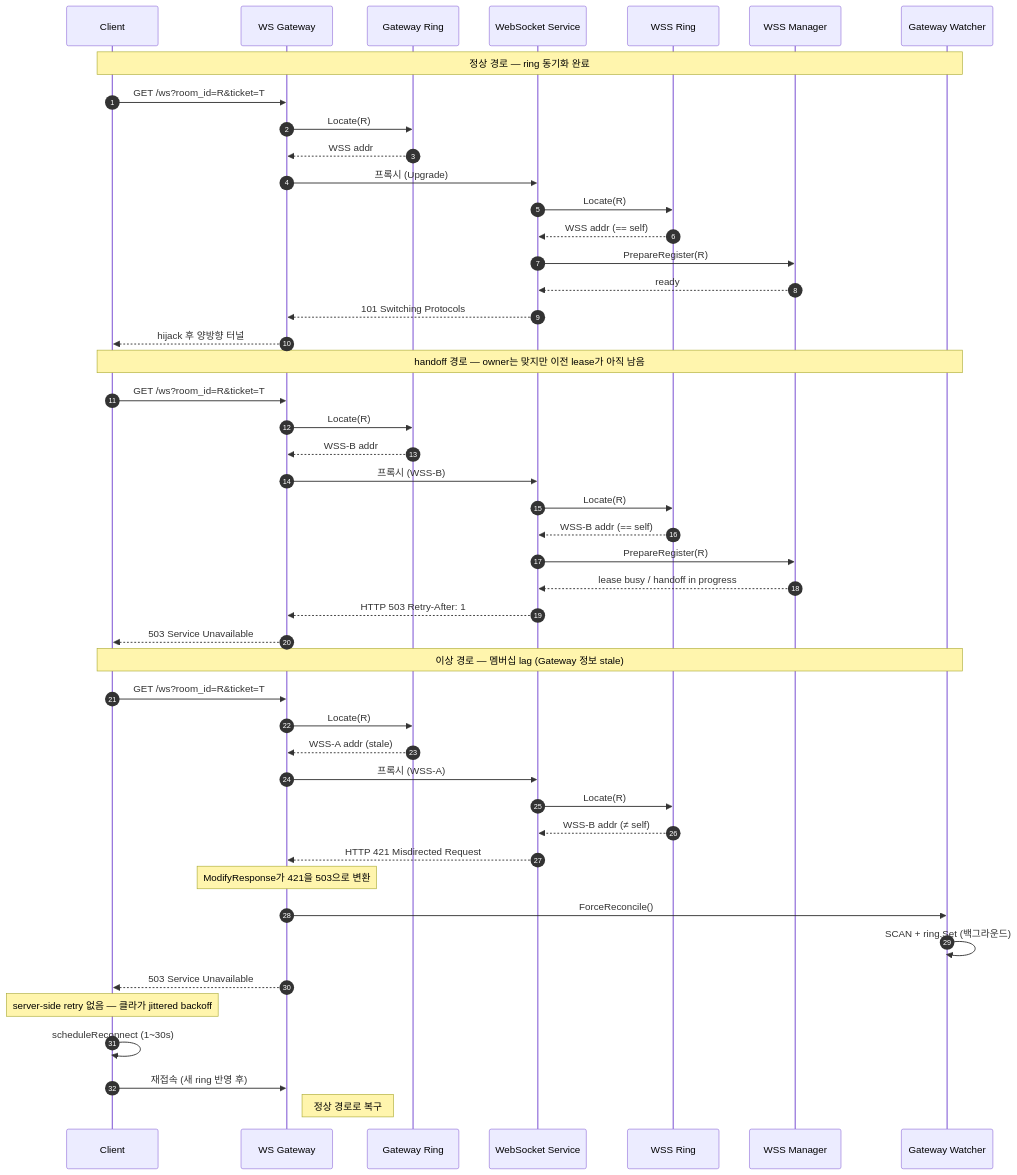
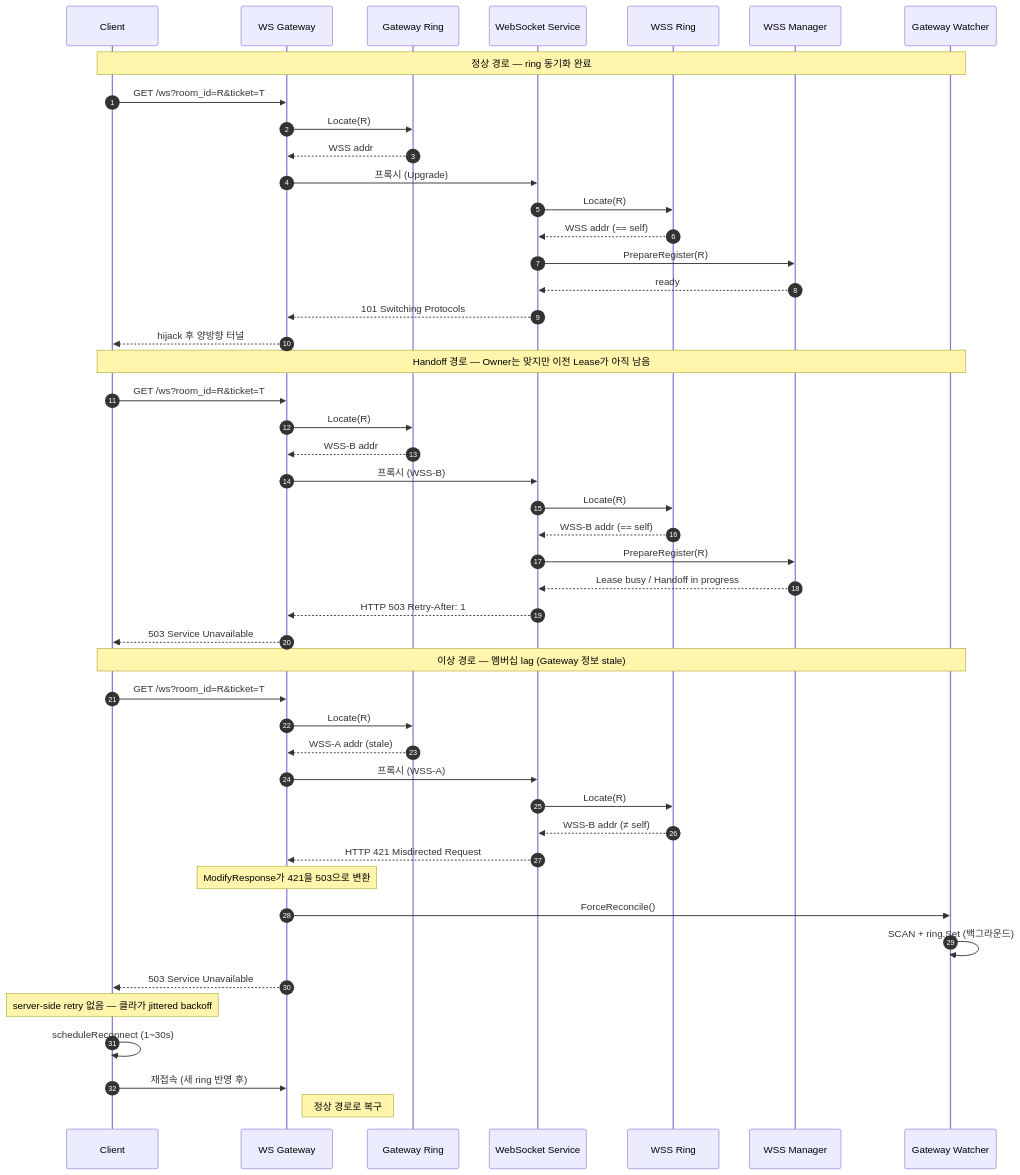
The diagram in docs/diagrams/seq-owner-self-check.mmd (happyhun/go-chat-msa), drawn with Mermaid before and after one commit. The commit also changed 8 other files, not shown here.

Commit message:
docs: k8s websocket 다이어그램 최신화

```diff
--- a/docs/diagrams/seq-owner-self-check.mmd
+++ b/docs/diagrams/seq-owner-self-check.mmd
@@ -1,56 +1,56 @@
 sequenceDiagram
     autonumber
 
     participant Client as Client
     participant Gateway as WS Gateway
     participant Ring_G as Gateway Ring
     participant WSS as WebSocket Service
     participant Ring_W as WSS Ring
     participant Manager as WSS Manager
     participant Watcher_G as Gateway Watcher
 
     Note over Client, Watcher_G: 정상 경로 — ring 동기화 완료
 
     Client->>Gateway: GET /ws?room_id=R&ticket=T
     Gateway->>Ring_G: Locate(R)
     Ring_G-->>Gateway: WSS addr
     Gateway->>WSS: 프록시 (Upgrade)
     WSS->>Ring_W: Locate(R)
     Ring_W-->>WSS: WSS addr (== self)
     WSS->>Manager: PrepareRegister(R)
     Manager-->>WSS: ready
     WSS-->>Gateway: 101 Switching Protocols
     Gateway-->>Client: hijack 후 양방향 터널
 
-    Note over Client, Watcher_G: handoff 경로 — owner는 맞지만 이전 lease가 아직 남음
+    Note over Client, Watcher_G: Handoff 경로 — Owner는 맞지만 이전 Lease가 아직 남음
 
     Client->>Gateway: GET /ws?room_id=R&ticket=T
     Gateway->>Ring_G: Locate(R)
     Ring_G-->>Gateway: WSS-B addr
     Gateway->>WSS: 프록시 (WSS-B)
     WSS->>Ring_W: Locate(R)
     Ring_W-->>WSS: WSS-B addr (== self)
     WSS->>Manager: PrepareRegister(R)
-    Manager-->>WSS: lease busy / handoff in progress
+    Manager-->>WSS: Lease busy / Handoff in progress
     WSS-->>Gateway: HTTP 503 Retry-After: 1
     Gateway-->>Client: 503 Service Unavailable
 
     Note over Client, Watcher_G: 이상 경로 — 멤버십 lag (Gateway 정보 stale)
 
     Client->>Gateway: GET /ws?room_id=R&ticket=T
     Gateway->>Ring_G: Locate(R)
     Ring_G-->>Gateway: WSS-A addr (stale)
     Gateway->>WSS: 프록시 (WSS-A)
     WSS->>Ring_W: Locate(R)
     Ring_W-->>WSS: WSS-B addr (≠ self)
     WSS-->>Gateway: HTTP 421 Misdirected Request
 
     Note over Gateway: ModifyResponse가 421을 503으로 변환
     Gateway->>Watcher_G: ForceReconcile()
     Watcher_G->>Watcher_G: SCAN + ring.Set (백그라운드)
     Gateway-->>Client: 503 Service Unavailable
 
     Note over Client: server-side retry 없음 — 클라가 jittered backoff
     Client->>Client: scheduleReconnect (1~30s)
     Client->>Gateway: 재접속 (새 ring 반영 후)
     Note right of Gateway: 정상 경로로 복구
```
